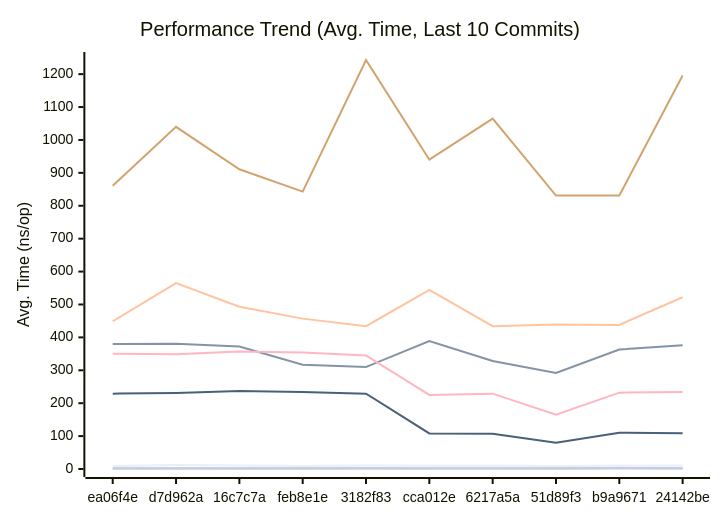
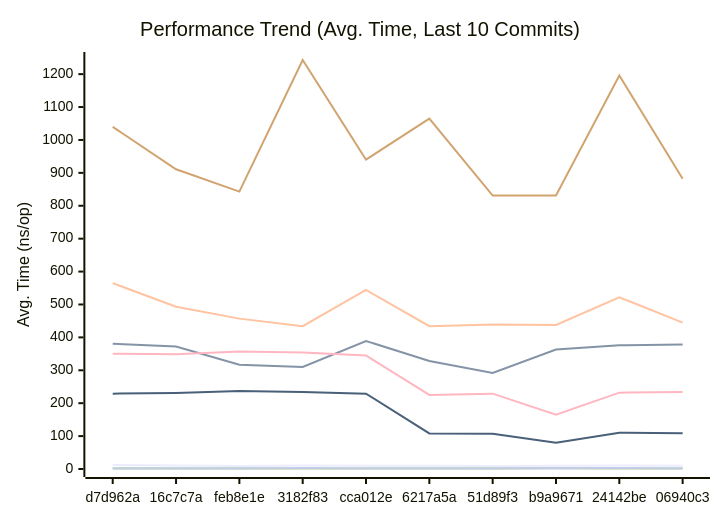
Before and after one commit to alsotoes/momo: the first of 3 diagrams in docs/PERFORMANCE.md, drawn with Mermaid. The commit also changed other lines of this file and 5 other files, not shown here.

````diff
--- a/docs/PERFORMANCE.md
+++ b/docs/PERFORMANCE.md
@@ -80,16 +80,16 @@
 ```mermaid
 xychart-beta
     title "Performance Trend (Avg. Time, Last 10 Commits)"
     x-axis "Commit"
     y-axis "Avg. Time (ns/op)"
-    x-axis [ea06f4e,d7d962a,16c7c7a,feb8e1e,3182f83,cca012e,6217a5a,51d89f3,b9a9671,24142be]
-    line "CheckMetricsAndSwap" [9,12,11,9,11,10,10,9,10,11]
-    line "CrushOptimized" [380,381,372,317,310,389,328,292,363,376]
-    line "CrushOriginal" [449,565,493,457,434,544,434,439,438,522]
-    line "IndexDirectTracking" [0,0,0,0,0,0,0,0,1,0]
-    line "IndexSearch" [2,2,2,2,2,2,2,2,3,2]
-    line "LoadGlobalConfig" [861,1040,911,843,1243,940,1065,831,831,1196]
-    line "PadString" [2,2,2,2,3,2,2,2,3,3]
+    x-axis [d7d962a,16c7c7a,feb8e1e,3182f83,cca012e,6217a5a,51d89f3,b9a9671,24142be,06940c3]
+    line "CheckMetricsAndSwap" [12,11,9,11,10,10,9,10,11,10]
+    line "CrushOptimized" [381,372,317,310,389,328,292,363,376,378]
+    line "CrushOriginal" [565,493,457,434,544,434,439,438,522,445]
+    line "IndexDirectTracking" [0,0,0,0,0,0,0,1,0,0]
+    line "IndexSearch" [2,2,2,2,2,2,2,3,2,2]
+    line "LoadGlobalConfig" [1040,911,843,1243,940,1065,831,831,1196,882]
+    line "PadString" [2,2,2,3,2,2,2,3,3,2]
     line "ParseReplicationOrder_NoPrealloc" [350,349,357,354,345,225,229,165,232,234]
     line "ParseReplicationOrder_Prealloc" [229,231,237,234,229,108,107,80,110,109]
 ```
````
